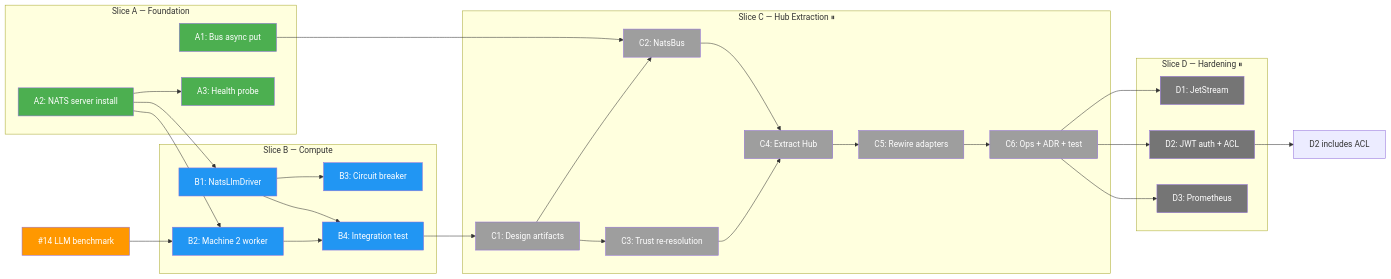
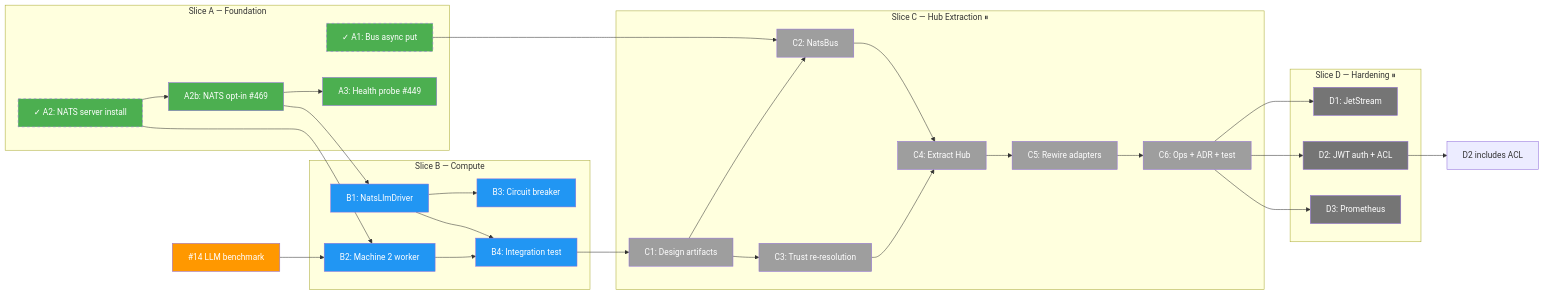
One commit to Roxabi/lyra changed the second of 3 diagrams in artifacts/plans/445-distributed-lyra-nats-plan.mdx. Above: the diagram before and after it, drawn with Mermaid. The commit also changed other lines of this file and 1 other file, not shown here.

First line of the commit message:
docs(artifacts): update #445 spec + plan — NATS opt-in constraint

````diff
--- a/artifacts/plans/445-distributed-lyra-nats-plan.mdx
+++ b/artifacts/plans/445-distributed-lyra-nats-plan.mdx
@@ -50,72 +50,75 @@
 ```mermaid
 flowchart LR
     subgraph "Slice A — Foundation"
-        A1[A1: Bus async put]
-        A2[A2: NATS server install]
-        A3[A3: Health probe]
+        A1["✓ A1: Bus async put"]
+        A2["✓ A2: NATS server install"]
+        A2b[A2b: NATS opt-in #469]
+        A3[A3: Health probe #449]
     end
 
     subgraph "Slice B — Compute"
         B1[B1: NatsLlmDriver]
         B2[B2: Machine 2 worker]
         B3[B3: Circuit breaker]
         B4[B4: Integration test]
     end
 
     subgraph "Slice C — Hub Extraction ⏸"
         C1[C1: Design artifacts]
         C2[C2: NatsBus]
         C3[C3: Trust re-resolution]
         C4[C4: Extract Hub]
         C5[C5: Rewire adapters]
         C6[C6: Ops + ADR + test]
     end
 
     subgraph "Slice D — Hardening ⏸"
         D1[D1: JetStream]
         D2[D2: JWT auth + ACL]
         D3[D3: Prometheus]
     end
 
     EXT14["#14 LLM benchmark"]
 
-    A2 --> A3
-    A2 --> B1
+    A2 --> A2b
+    A2b --> A3
+    A2b --> B1
     A2 --> B2
     EXT14 --> B2
     B1 --> B3
     B1 --> B4
     B2 --> B4
 
     B4 --> C1
     A1 --> C2
     C1 --> C2
     C1 --> C3
     C2 --> C4
     C3 --> C4
     C4 --> C5
     C5 --> C6
 
     C6 --> D1
     C6 --> D2
     C6 --> D3
     D2 --> D4[D2 includes ACL]
 
-    style A1 fill:#4CAF50,color:white
-    style A2 fill:#4CAF50,color:white
+    style A1 fill:#4CAF50,color:white,stroke-dasharray:5 5
+    style A2 fill:#4CAF50,color:white,stroke-dasharray:5 5
+    style A2b fill:#4CAF50,color:white
     style A3 fill:#4CAF50,color:white
     style B1 fill:#2196F3,color:white
     style B2 fill:#2196F3,color:white
     style B3 fill:#2196F3,color:white
     style B4 fill:#2196F3,color:white
     style C1 fill:#9E9E9E,color:white
     style C2 fill:#9E9E9E,color:white
     style C3 fill:#9E9E9E,color:white
     style C4 fill:#9E9E9E,color:white
     style C5 fill:#9E9E9E,color:white
     style C6 fill:#9E9E9E,color:white
     style D1 fill:#757575,color:white
     style D2 fill:#757575,color:white
     style D3 fill:#757575,color:white
     style EXT14 fill:#FF9800,color:white
 ```
````
